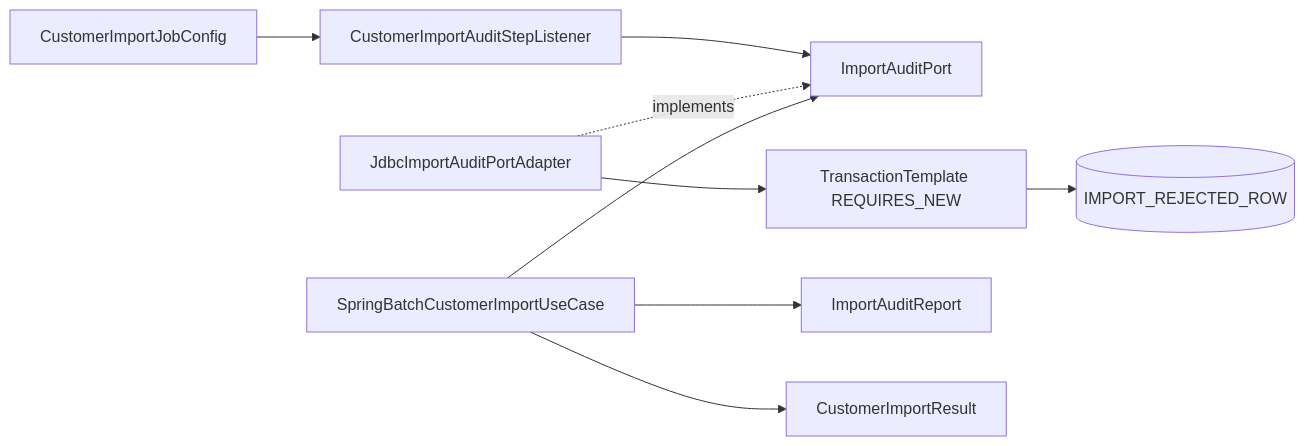
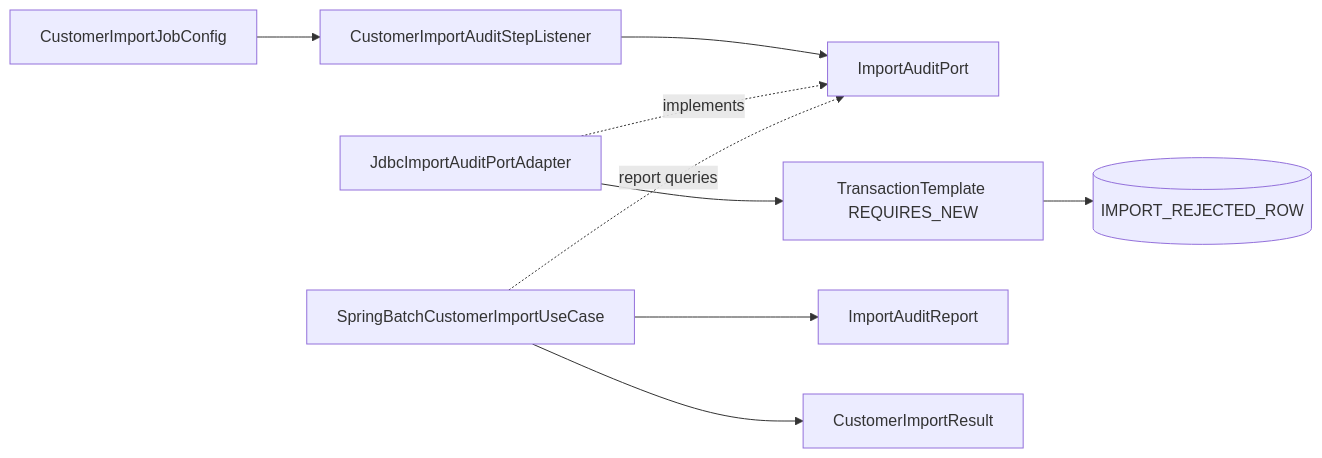
One commit to My-R360/spring-batch-demo changed the fourth of 6 diagrams in slidev/slides-phase2.md. Above: the diagram before and after it, drawn with Mermaid. The commit also changed other lines of this file and 31 other files, not shown here.

````diff
--- a/slidev/slides-phase2.md
+++ b/slidev/slides-phase2.md
@@ -161,11 +159,11 @@
 ```mermaid
 flowchart LR
   STEP[CustomerImportJobConfig] --> LISTENER[CustomerImportAuditStepListener]
   LISTENER --> PORT[ImportAuditPort]
   JDBC[JdbcImportAuditPortAdapter] -.->|implements| PORT
   JDBC --> TX[TransactionTemplate REQUIRES_NEW]
   TX --> TABLE[(IMPORT_REJECTED_ROW)]
-  UC[SpringBatchCustomerImportUseCase] --> PORT
+  UC[SpringBatchCustomerImportUseCase] -. report queries .-> PORT
   UC --> REPORT[ImportAuditReport]
   UC --> STATUS[CustomerImportResult]
 ```
````
